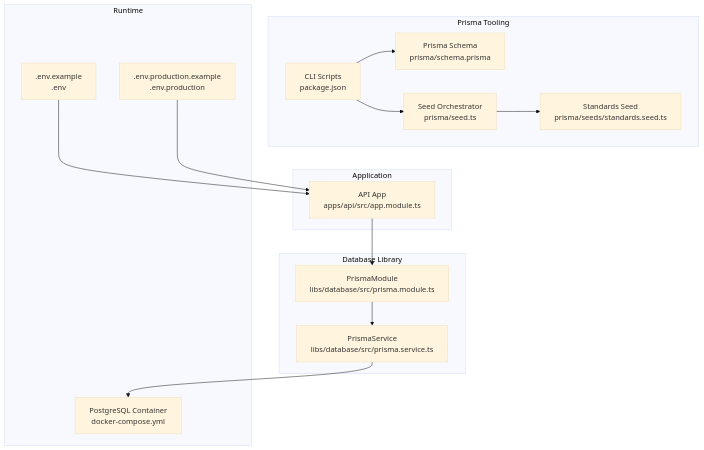
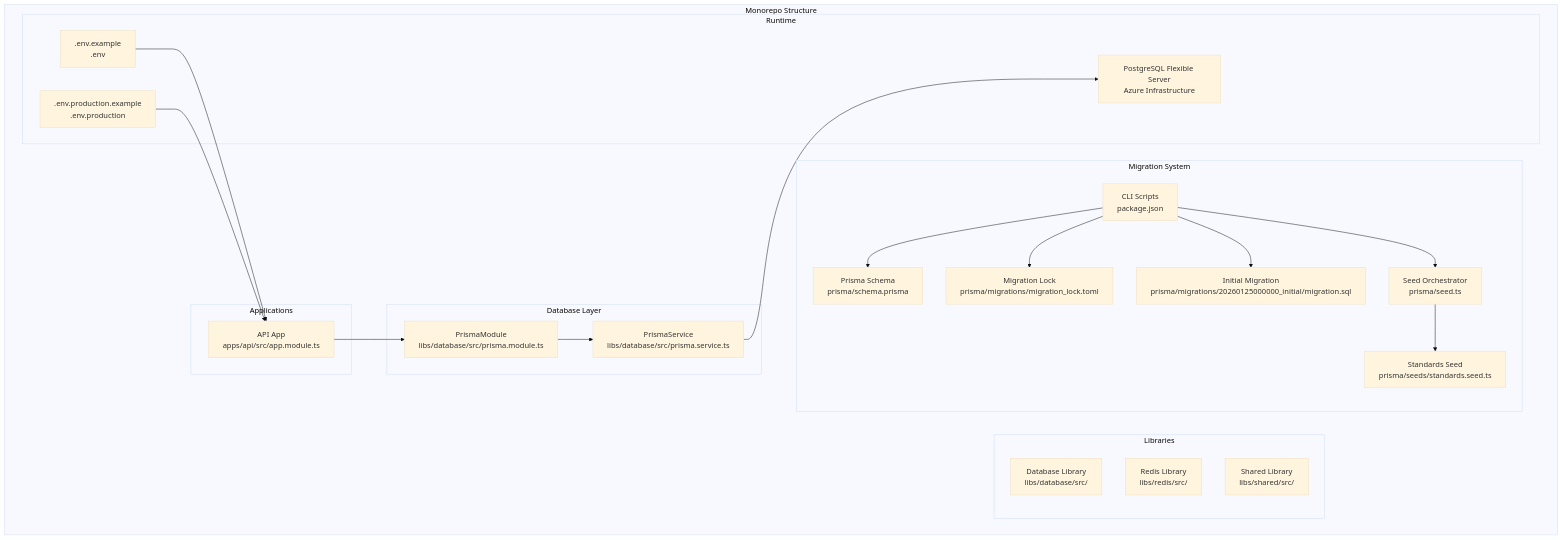
The first of 7 diagrams in .qoder/repowiki/en/content/Database Management.md (Avi-Bendetsky/Quiz-to-build), drawn with Mermaid (base theme) before and after one commit. The commit also changed other lines of this file and 41 other files, not shown here.

````diff
--- a/.qoder/repowiki/en/content/Database Management.md
+++ b/.qoder/repowiki/en/content/Database Management.md
@@ -42,29 +59,40 @@
 ```mermaid
 graph TB
-subgraph "Application"
+subgraph "Monorepo Structure"
+subgraph "Applications"
 API["API App<br/>apps/api/src/app.module.ts"]
 end
-subgraph "Database Library"
+subgraph "Libraries"
+DBLib["Database Library<br/>libs/database/src/"]
+RedisLib["Redis Library<br/>libs/redis/src/"]
+SharedLib["Shared Library<br/>libs/shared/src/"]
+end
+subgraph "Database Layer"
 PM["PrismaModule<br/>libs/database/src/prisma.module.ts"]
 PS["PrismaService<br/>libs/database/src/prisma.service.ts"]
 end
-subgraph "Prisma Tooling"
+subgraph "Migration System"
 Schema["Prisma Schema<br/>prisma/schema.prisma"]
+MigrationLock["Migration Lock<br/>prisma/migrations/migration_lock.toml"]
+InitialMigration["Initial Migration<br/>prisma/migrations/20260125000000_initial/migration.sql"]
 SeedMain["Seed Orchestrator<br/>prisma/seed.ts"]
 SeedStandards["Standards Seed<br/>prisma/seeds/standards.seed.ts"]
 Scripts["CLI Scripts<br/>package.json"]
 end
 subgraph "Runtime"
-Postgres["PostgreSQL Container<br/>docker-compose.yml"]
+Postgres["PostgreSQL Flexible Server<br/>Azure Infrastructure"]
 EnvDev[".env.example<br/>.env"]
 EnvProd[".env.production.example<br/>.env.production"]
+end
 end
 API --> PM
 PM --> PS
 PS --> Postgres
 Scripts --> Schema
+Scripts --> MigrationLock
+Scripts --> InitialMigration
 Scripts --> SeedMain
 SeedMain --> SeedStandards
 EnvDev --> API
 EnvProd --> API
 ```
````
